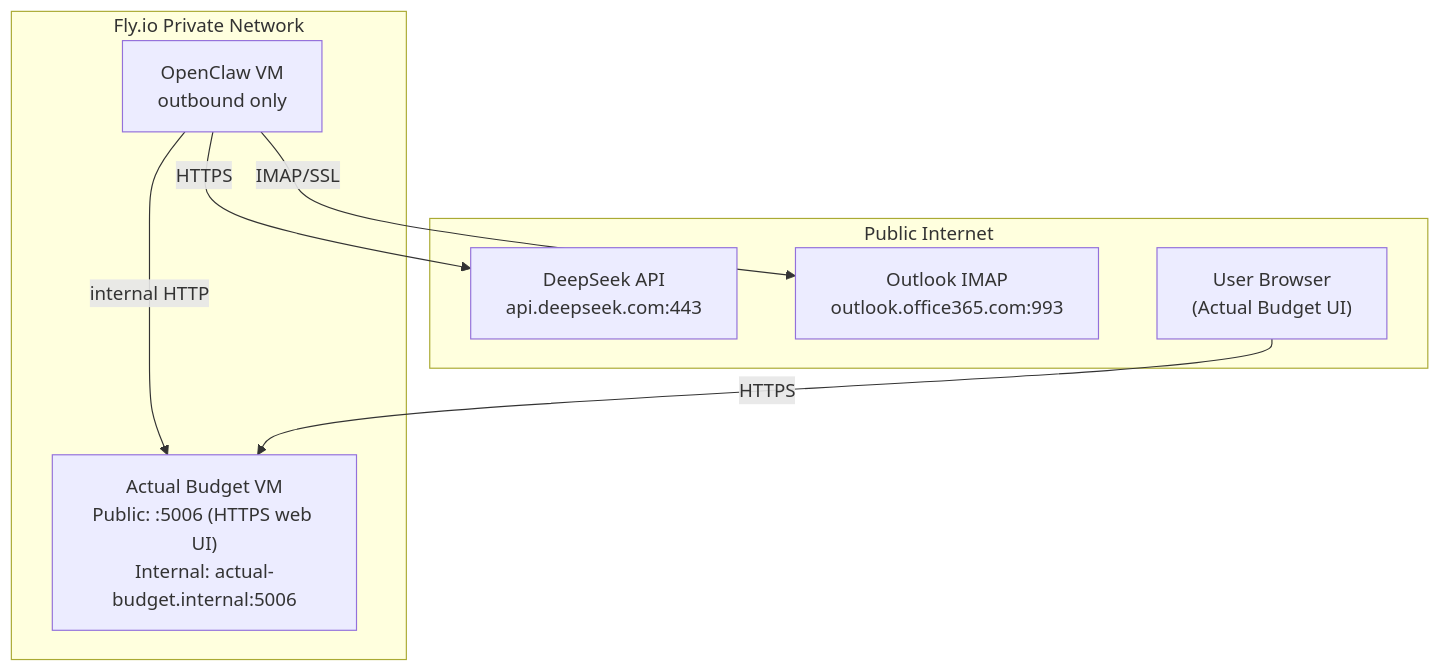
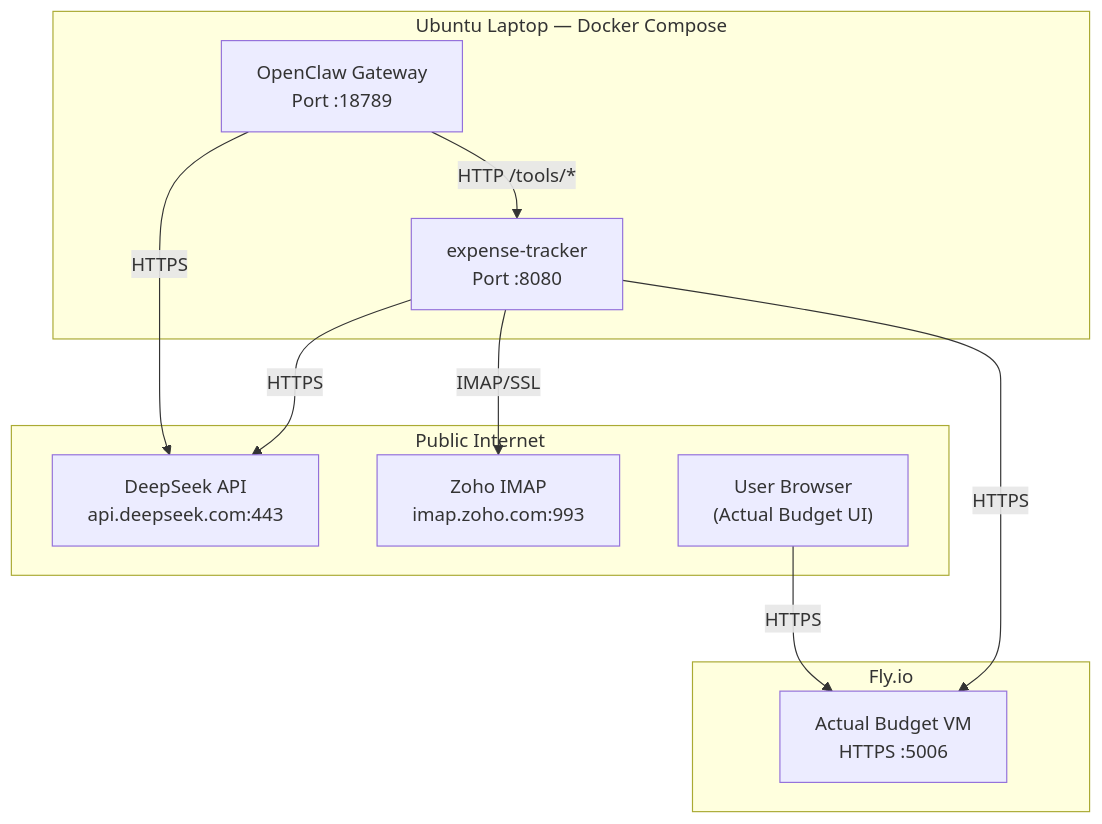
One commit to darrencjh8/darren-openclaw changed the third of 9 diagrams in design.md. Above: the diagram before and after it, drawn with Mermaid. The commit also changed other lines of this file and 7 other files, not shown here.

First line of the commit message:
fix: align architecture docs with Docker Compose + Zoho deployment

````diff
--- a/design.md
+++ b/design.md
@@ -182,18 +181,24 @@
 ```mermaid
 graph TB
-    subgraph FlyIO["Fly.io Private Network"]
-        AB["Actual Budget VM<br/>Public: :5006 (HTTPS web UI)<br/>Internal: actual-budget.internal:5006"]
-        OC["OpenClaw VM<br/>outbound only"]
-        OC -->|"internal HTTP"| AB
+    subgraph Docker["Ubuntu Laptop — Docker Compose"]
+        GW["OpenClaw Gateway<br/>Port :18789"]
+        ET["expense-tracker<br/>Port :8080"]
+        GW -->|"HTTP /tools/*"| ET
+    end
+
+    subgraph FlyIO["Fly.io"]
+        AB["Actual Budget VM<br/>HTTPS :5006"]
     end
 
     subgraph Public["Public Internet"]
         DS["DeepSeek API<br/>api.deepseek.com:443"]
-        Outlook["Outlook IMAP<br/>outlook.office365.com:993"]
+        Zoho["Zoho IMAP<br/>imap.zoho.com:993"]
         User["User Browser<br/>(Actual Budget UI)"]
     end
 
-    OC -->|"HTTPS"| DS
-    OC -->|"IMAP/SSL"| Outlook
+    ET -->|"HTTPS"| DS
+    ET -->|"IMAP/SSL"| Zoho
+    ET -->|"HTTPS"| AB
+    GW -->|"HTTPS"| DS
     User -->|"HTTPS"| AB
 ```
````
